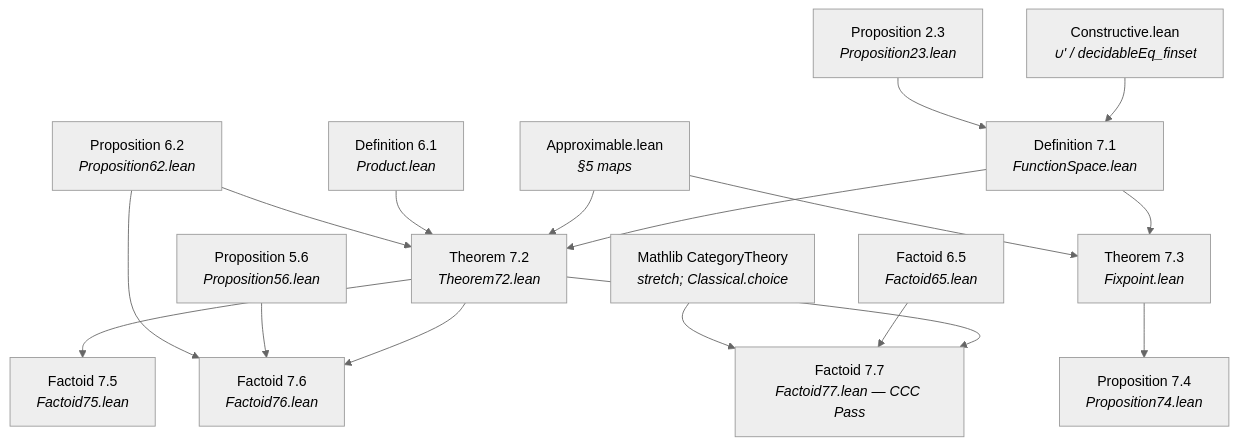
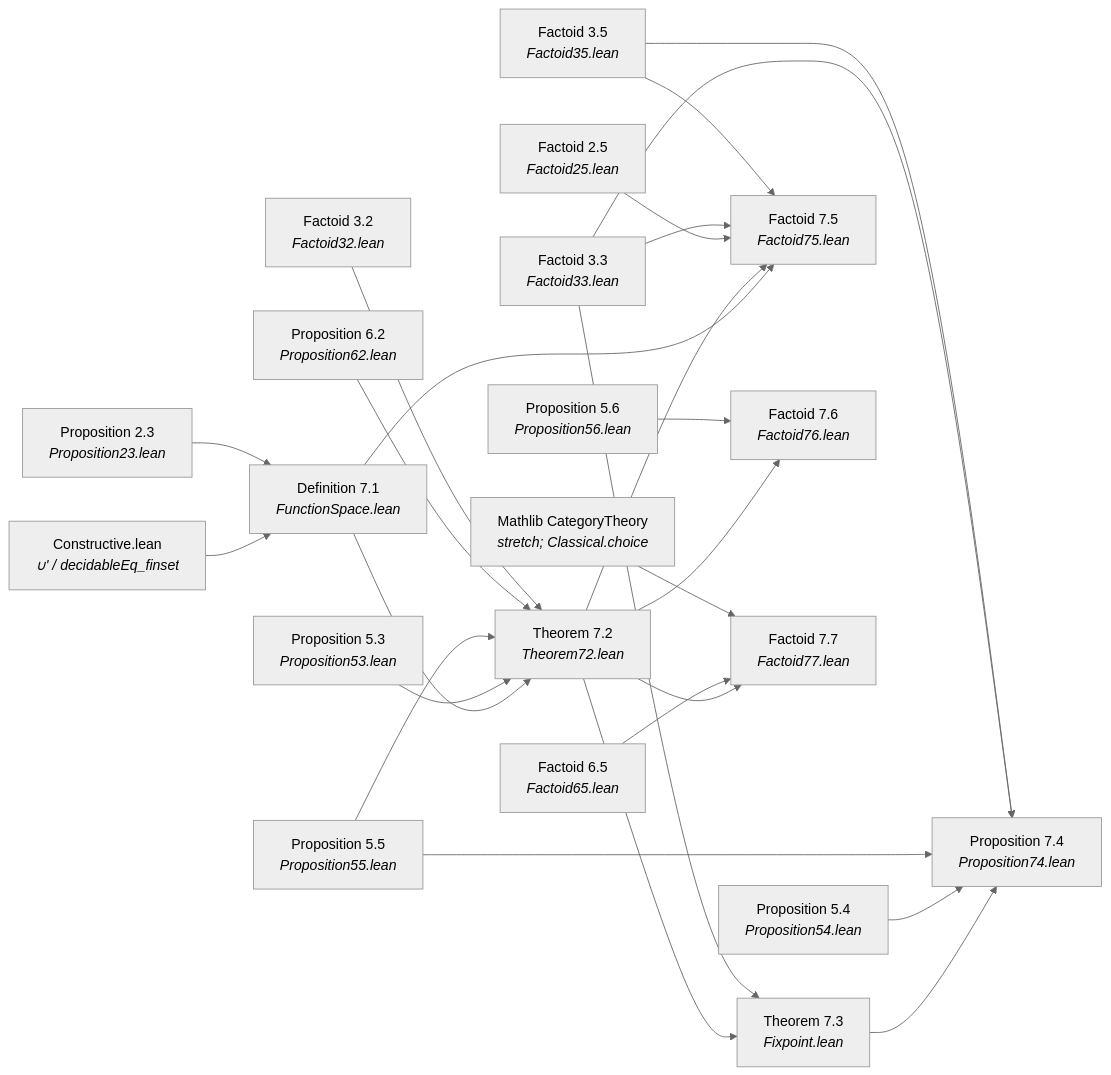
One commit to catskillsresearch/scott1982 changed the ninth of 10 diagrams in arxiv.md. Above: the diagram before and after it, drawn with Mermaid (neutral theme). The commit also changed other lines of this file, not shown here.

Commit message:
Revise §7 Lean dependency mermaid to LR layout.
Align edges with module imports and switch the diagram left-to-right for readability.

````diff
--- a/arxiv.md
+++ b/arxiv.md
@@ -522,34 +522,47 @@
 ```mermaid
-flowchart TD
+flowchart LR
   C["Constructive.lean<br/><i>∪' / decidableEq_finset</i>"]
   P23["Proposition 2.3<br/><i>Proposition23.lean</i>"]
-  Ap["Approximable.lean<br/><i>§5 maps</i>"]
-  D61["Definition 6.1<br/><i>Product.lean</i>"]
+  P53["Proposition 5.3<br/><i>Proposition53.lean</i>"]
+  P54["Proposition 5.4<br/><i>Proposition54.lean</i>"]
+  P55["Proposition 5.5<br/><i>Proposition55.lean</i>"]
+  P56["Proposition 5.6<br/><i>Proposition56.lean</i>"]
+  F25["Factoid 2.5<br/><i>Factoid25.lean</i>"]
+  F32["Factoid 3.2<br/><i>Factoid32.lean</i>"]
+  F33["Factoid 3.3<br/><i>Factoid33.lean</i>"]
+  F35["Factoid 3.5<br/><i>Factoid35.lean</i>"]
   P62["Proposition 6.2<br/><i>Proposition62.lean</i>"]
-  P56["Proposition 5.6<br/><i>Proposition56.lean</i>"]
   F65["Factoid 6.5<br/><i>Factoid65.lean</i>"]
   D71["Definition 7.1<br/><i>FunctionSpace.lean</i>"]
   T72["Theorem 7.2<br/><i>Theorem72.lean</i>"]
   T73["Theorem 7.3<br/><i>Fixpoint.lean</i>"]
   P74["Proposition 7.4<br/><i>Proposition74.lean</i>"]
   F75["Factoid 7.5<br/><i>Factoid75.lean</i>"]
   F76["Factoid 7.6<br/><i>Factoid76.lean</i>"]
-  F77["Factoid 7.7<br/><i>Factoid77.lean — CCC Pass</i>"]
+  F77["Factoid 7.7<br/><i>Factoid77.lean</i>"]
   CT["Mathlib CategoryTheory<br/><i>stretch; Classical.choice</i>"]
   C --> D71
   P23 --> D71
   D71 --> T72
-  Ap --> T72
-  D61 --> T72
+  P53 --> T72
+  P55 --> T72
   P62 --> T72
-  D71 --> T73
-  Ap --> T73
+  F32 --> T72
+  T72 --> T73
+  F33 --> T73
   T73 --> P74
+  P54 --> P74
+  P55 --> P74
+  F33 --> P74
+  F35 --> P74
+  D71 --> F75
   T72 --> F75
+  F25 --> F75
+  F33 --> F75
+  F35 --> F75
   T72 --> F76
   P56 --> F76
-  P62 --> F76
   T72 --> F77
   F65 --> F77
   CT --> F77
 ```
````
